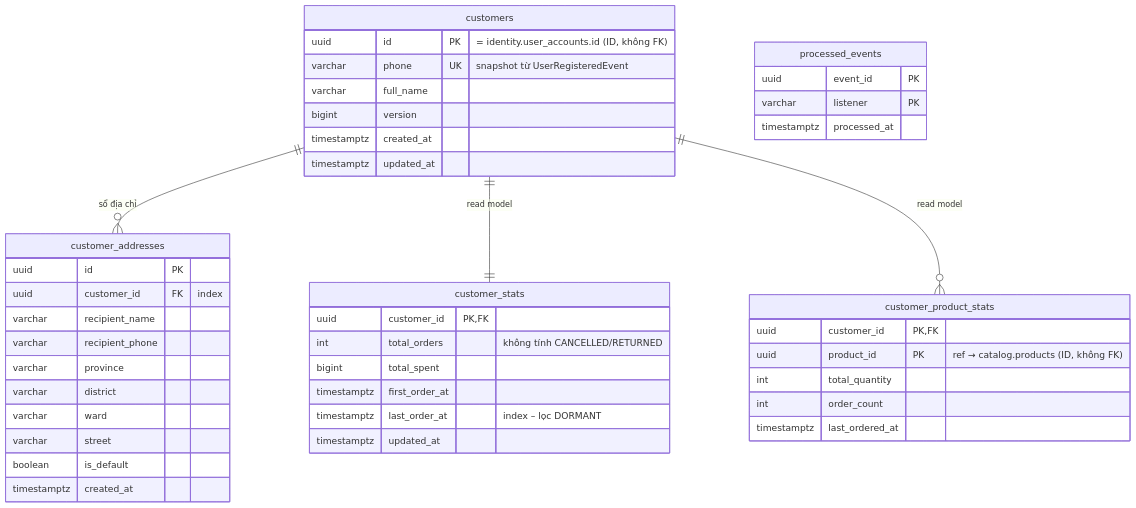
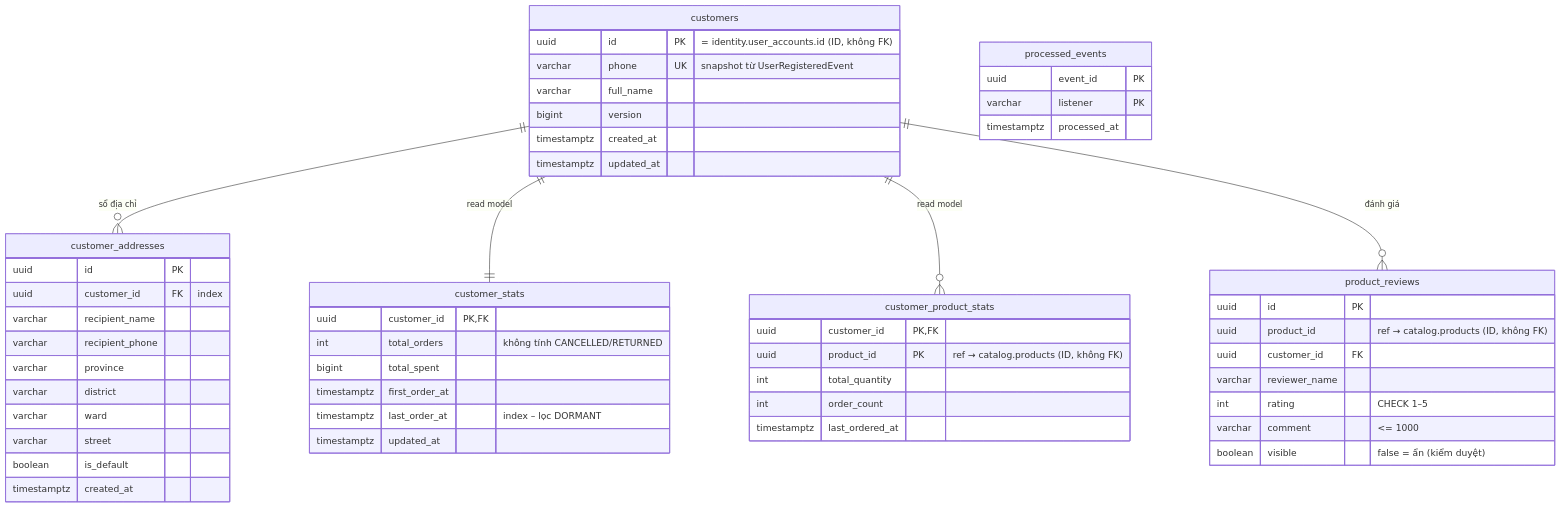
The fourth of 6 diagrams in docs/02-erd.md (Vietnguyen203/Hwingroupweb), drawn with Mermaid before and after one commit. The commit also changed other lines of this file and 43 other files, not shown here.

Commit message:
feat: trang sản phẩm – 1–5 ảnh, thông tin sơ bộ, tab chi tiết và đánh giá

````diff
--- a/docs/02-erd.md
+++ b/docs/02-erd.md
@@ -271,51 +278,62 @@
 ```mermaid
 erDiagram
     customers ||--o{ customer_addresses : "sổ địa chỉ"
     customers ||--|| customer_stats : "read model"
     customers ||--o{ customer_product_stats : "read model"
+    customers ||--o{ product_reviews : "đánh giá"
 
     customers {
         uuid id PK "= identity.user_accounts.id (ID, không FK)"
         varchar phone UK "snapshot từ UserRegisteredEvent"
         varchar full_name
         bigint version
         timestamptz created_at
         timestamptz updated_at
     }
 
     customer_addresses {
         uuid id PK
         uuid customer_id FK "index"
         varchar recipient_name
         varchar recipient_phone
         varchar province
         varchar district
         varchar ward
         varchar street
         boolean is_default
         timestamptz created_at
     }
 
     customer_stats {
         uuid customer_id PK, FK
         int total_orders "không tính CANCELLED/RETURNED"
         bigint total_spent
         timestamptz first_order_at
         timestamptz last_order_at "index – lọc DORMANT"
         timestamptz updated_at
     }
 
+    product_reviews {
+        uuid id PK
+        uuid product_id "ref → catalog.products (ID, không FK)"
+        uuid customer_id FK
+        varchar reviewer_name
+        int rating "CHECK 1–5"
+        varchar comment "<= 1000"
+        boolean visible "false = ẩn (kiểm duyệt)"
+    }
+
     customer_product_stats {
         uuid customer_id PK, FK
         uuid product_id PK "ref → catalog.products (ID, không FK)"
         int total_quantity
         int order_count
         timestamptz last_ordered_at
     }
 
     processed_events {
         uuid event_id PK
         varchar listener PK
         timestamptz processed_at
     }
 ```
````
